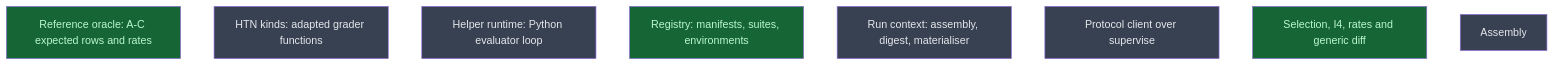
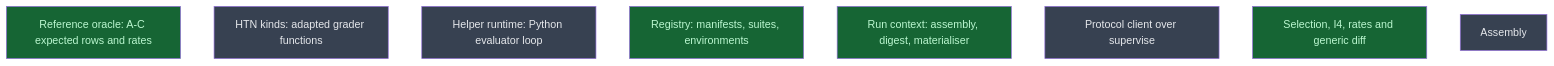
Before and after one commit to CrackingShells/Candler: the diagram in __roadmap__/m2a-evaluation-parity/components/README.md, drawn with Mermaid. The commit also changed other lines of this file and 2 other files, not shown here.

Commit message:
rdm(evaluation): report run_context and mark it done

````diff
--- a/__roadmap__/m2a-evaluation-parity/components/README.md
+++ b/__roadmap__/m2a-evaluation-parity/components/README.md
@@ -20,16 +20,16 @@
 ```mermaid
 graph TD
     reference_oracle[Reference oracle: A-C expected rows and rates]:::done
     htn_kinds[HTN kinds: adapted grader functions]:::planned
     helper_runtime[Helper runtime: Python evaluator loop]:::planned
     registry[Registry: manifests, suites, environments]:::done
-    run_context[Run context: assembly, digest, materialiser]:::planned
+    run_context[Run context: assembly, digest, materialiser]:::done
     protocol_client[Protocol client over supervise]:::planned
     selection_rates[Selection, I4, rates and generic diff]:::done
     assembly[Assembly]:::planned
     classDef done       fill:#166534,color:#bbf7d0
     classDef inprogress fill:#854d0e,color:#fef08a
     classDef planned    fill:#374151,color:#e5e7eb
     classDef amendment  fill:#1e3a5f,color:#bfdbfe
     classDef blocked    fill:#7f1d1d,color:#fecaca
 ```
````
